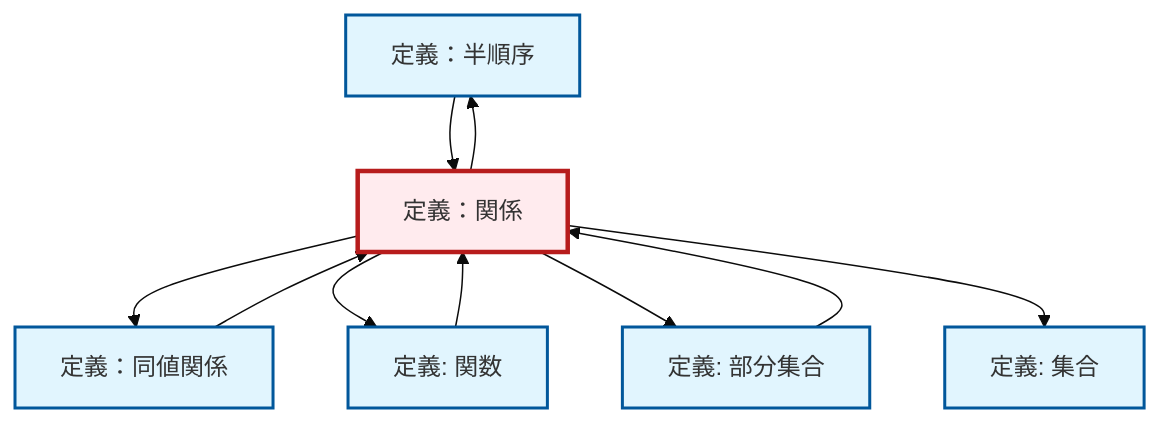
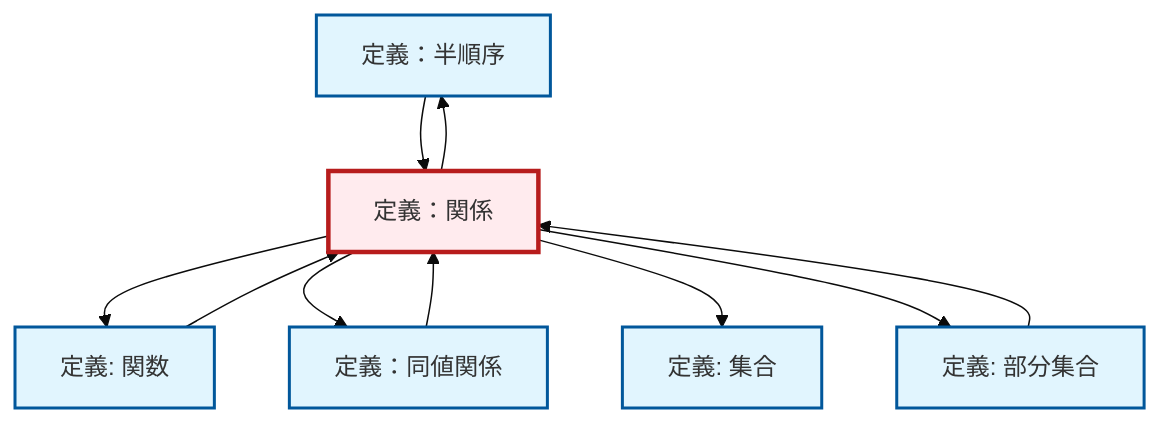
The diagram in content/ja/logic-set-theory/def-relation.qmd (RK0429/ModernMath), drawn with Mermaid (base theme) before and after one commit. The commit also changed other lines of this file and 328 other files, not shown here.

````diff
--- a/content/ja/logic-set-theory/def-relation.qmd
+++ b/content/ja/logic-set-theory/def-relation.qmd
@@ -91,30 +91,30 @@
 ```{mermaid}
 %%| fig-cap: "ローカル依存関係グラフ"
 graph TD
     classDef definition fill:#e1f5fe,stroke:#01579b,stroke-width:2px
     classDef theorem fill:#f3e5f5,stroke:#4a148c,stroke-width:2px
     classDef axiom fill:#fff3e0,stroke:#e65100,stroke-width:2px
     classDef example fill:#e8f5e9,stroke:#1b5e20,stroke-width:2px
     classDef current fill:#ffebee,stroke:#b71c1c,stroke-width:3px
-    def-set["定義: 集合"]:::definition
     def-partial-order["定義：半順序"]:::definition
     def-function["定義: 関数"]:::definition
+    def-set["定義: 集合"]:::definition
+    def-relation["定義：関係"]:::definition
     def-subset["定義: 部分集合"]:::definition
     def-equivalence-relation["定義：同値関係"]:::definition
-    def-relation["定義：関係"]:::definition
+    def-relation --> def-function
+    def-subset --> def-relation
+    def-equivalence-relation --> def-relation
+    def-function --> def-relation
+    def-relation --> def-partial-order
     def-relation --> def-equivalence-relation
-    def-equivalence-relation --> def-relation
-    def-relation --> def-function
+    def-relation --> def-set
+    def-partial-order --> def-relation
     def-relation --> def-subset
-    def-relation --> def-partial-order
-    def-relation --> def-set
-    def-subset --> def-relation
-    def-partial-order --> def-relation
-    def-function --> def-relation
     class def-relation current
-    click def-set "def-set.html" "集合の定義へ"
     click def-partial-order "def-partial-order.html" "定義：半順序へ"
     click def-function "def-function.html" "関数の定義へ"
+    click def-set "def-set.html" "集合の定義へ"
     click def-subset "def-subset.html" "部分集合の定義へ"
     click def-equivalence-relation "def-equivalence-relation.html" "定義：同値関係へ"
 ```
````
